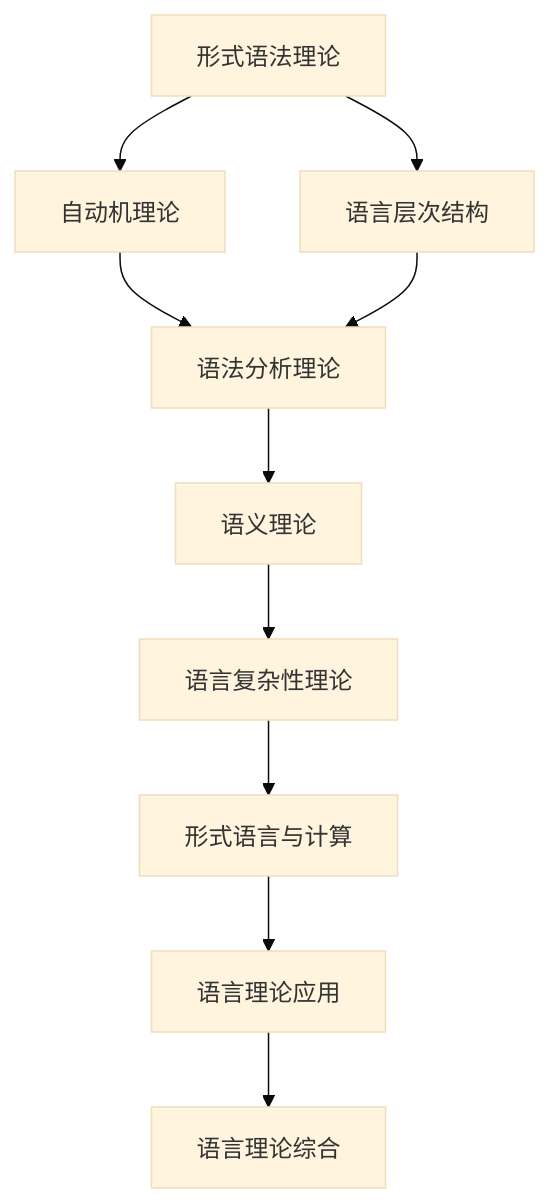
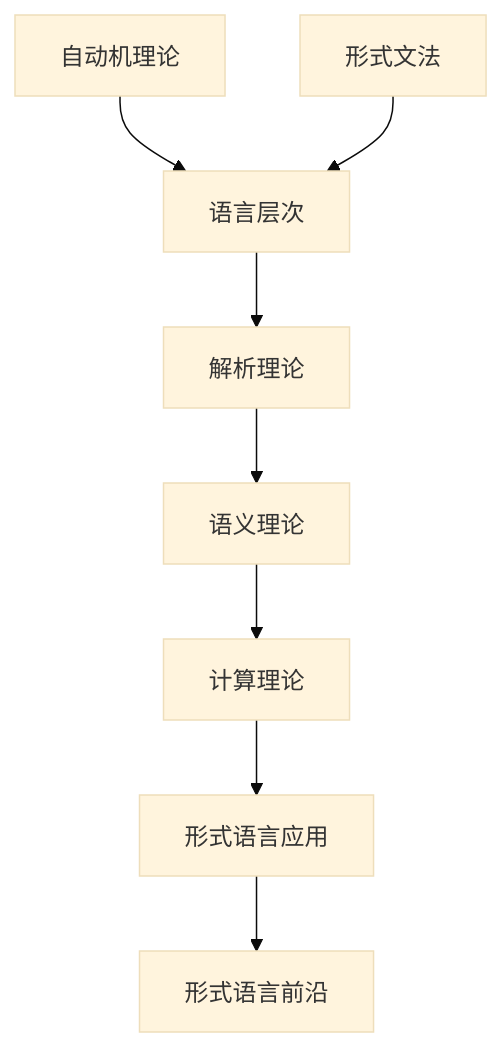
One commit to AdaMartin18010/FormalScience changed the diagram in docs/Refactor/03_Formal_Language_Theory/01_Formal_Language_Theory_Index.md. Above: the diagram before and after it, drawn with Mermaid (base theme). The commit also changed other lines of this file and 24 other files, not shown here.

````diff
--- a/docs/Refactor/03_Formal_Language_Theory/01_Formal_Language_Theory_Index.md
+++ b/docs/Refactor/03_Formal_Language_Theory/01_Formal_Language_Theory_Index.md
@@ -44,12 +66,10 @@
 ```mermaid
 graph TD
-    A[形式语法理论] --> B[自动机理论]
-    A --> C[语言层次结构]
-    B --> D[语法分析理论]
-    C --> D
+    A[自动机理论] --> C[语言层次]
+    B[形式文法] --> C[语言层次]
+    C --> D[解析理论]
     D --> E[语义理论]
-    E --> F[语言复杂性理论]
-    F --> G[形式语言与计算]
-    G --> H[语言理论应用]
-    H --> I[语言理论综合]
+    E --> F[计算理论]
+    F --> G[形式语言应用]
+    G --> H[形式语言前沿]
 ```
````
